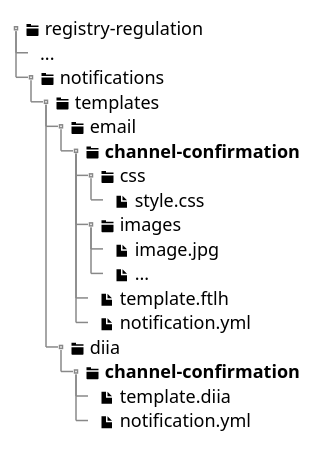
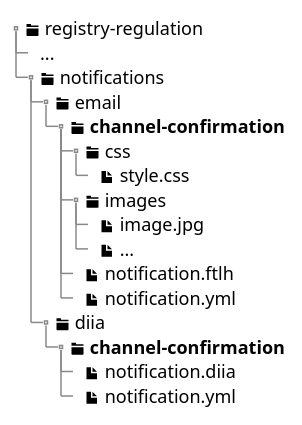
One commit to epam/edp-ddm-architecture changed the diagram in modules/tech/partials/lowcode/channel-confirmation-template-structure.puml. Above: the diagram before and after it, drawn with PlantUML.

Commit message:
[EDP-DDM-4726] BP history configuration recommendation

```diff
--- a/modules/tech/partials/lowcode/channel-confirmation-template-structure.puml
+++ b/modules/tech/partials/lowcode/channel-confirmation-template-structure.puml
@@ -1,23 +1,22 @@
 @startsalt
 {
 {T
 + <&folder> registry-regulation
 ++ ...
 ++ <&folder> notifications
-+++ <&folder> templates
-++++ <&folder> email
-+++++ <&folder> <b>channel-confirmation</b>
-++++++ <&folder> css
-+++++++ <&file> style.css
-++++++ <&folder> images
-+++++++ <&file> image.jpg
-+++++++ <&file> ...
-++++++ <&file> template.ftlh
-++++++ <&file> notification.yml
-++++ <&folder> diia
-+++++ <&folder> <b>channel-confirmation</b>
-++++++ <&file> template.diia
-++++++ <&file> notification.yml
++++ <&folder> email
+++++ <&folder> <b>channel-confirmation</b>
++++++ <&folder> css
+++++++ <&file> style.css
++++++ <&folder> images
+++++++ <&file> image.jpg
+++++++ <&file> ...
++++++ <&file> notification.ftlh
++++++ <&file> notification.yml
++++ <&folder> diia
+++++ <&folder> <b>channel-confirmation</b>
++++++ <&file> notification.diia
++++++ <&file> notification.yml
 }
 }
 @endsalt
```
